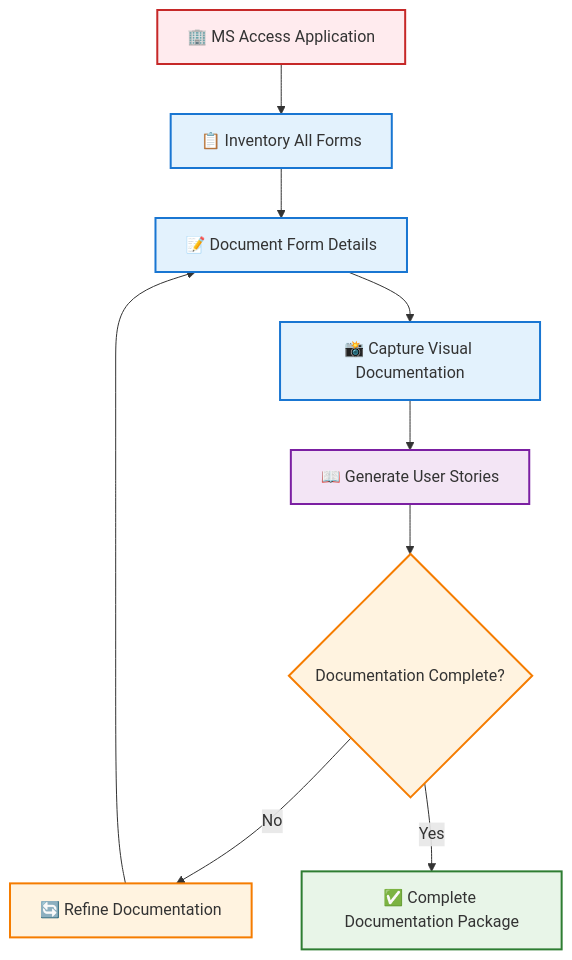
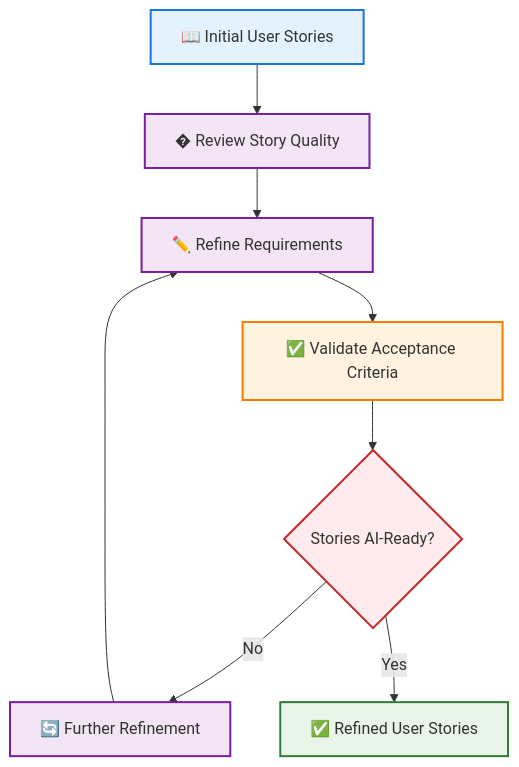
The diagram in playbook/pages/pathways/ms-access/frontend/01-create-ui-documentation.md (DEFRA/defra-ai-legacy-modernisation), drawn with Mermaid before and after one commit. The commit also changed other lines of this file and 3 other files, not shown here.

```diff
--- a/playbook/pages/pathways/ms-access/frontend/01-create-ui-documentation.md
+++ b/playbook/pages/pathways/ms-access/frontend/01-create-ui-documentation.md
@@ -7,23 +7,22 @@
 <pre class="mermaid">
 flowchart TD
-    A["🏢 MS Access Application"] --> B["📋 Inventory All Forms"]
-    B --> C["📝 Document Form Details"]
-    C --> D["📸 Capture Visual Documentation"]
-    D --> E["📖 Generate User Stories"]
-    E --> F{"Documentation Complete?"}
-    F -->|No| G["🔄 Refine Documentation"]
-    F -->|Yes| H["✅ Complete Documentation Package"]
-    G --> C
+    A["📖 Initial User Stories"] --> B["� Review Story Quality"]
+    B --> C["✏️ Refine Requirements"]
+    C --> D["✅ Validate Acceptance Criteria"]
+    D --> E{"Stories AI-Ready?"}
+    E -->|No| F["🔄 Further Refinement"]
+    E -->|Yes| G["✅ Refined User Stories"]
+    F --> C
 
-    classDef legacy fill:#ffebee,stroke:#c62828,stroke-width:2px
-    classDef process fill:#e3f2fd,stroke:#1976d2,stroke-width:2px
-    classDef documentation fill:#f3e5f5,stroke:#7b1fa2,stroke-width:2px
-    classDef decision fill:#fff3e0,stroke:#f57c00,stroke-width:2px
+    classDef input fill:#e3f2fd,stroke:#1976d2,stroke-width:2px
+    classDef process fill:#f3e5f5,stroke:#7b1fa2,stroke-width:2px
+    classDef validation fill:#fff3e0,stroke:#f57c00,stroke-width:2px
+    classDef decision fill:#ffebee,stroke:#c62828,stroke-width:2px
     classDef output fill:#e8f5e8,stroke:#2e7d32,stroke-width:2px
 
-    class A legacy
-    class B,C,D process
-    class E documentation
-    class F,G decision
-    class H output
+    class A input
+    class B,C,F process
+    class D validation
+    class E decision
+    class G output
 </pre>
```
